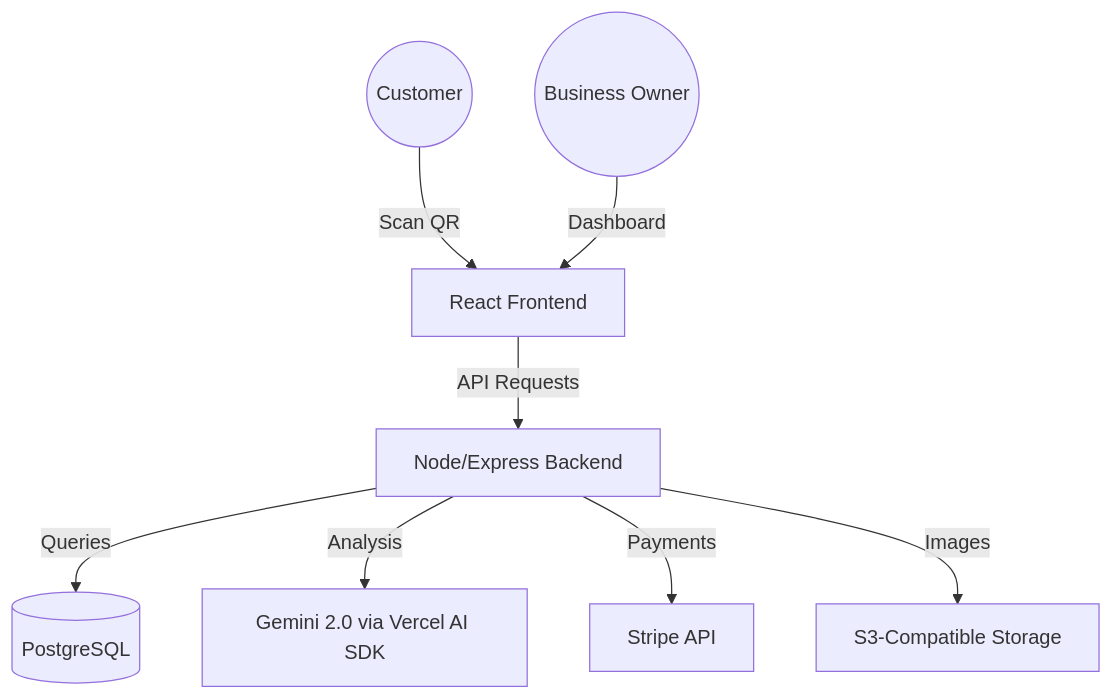
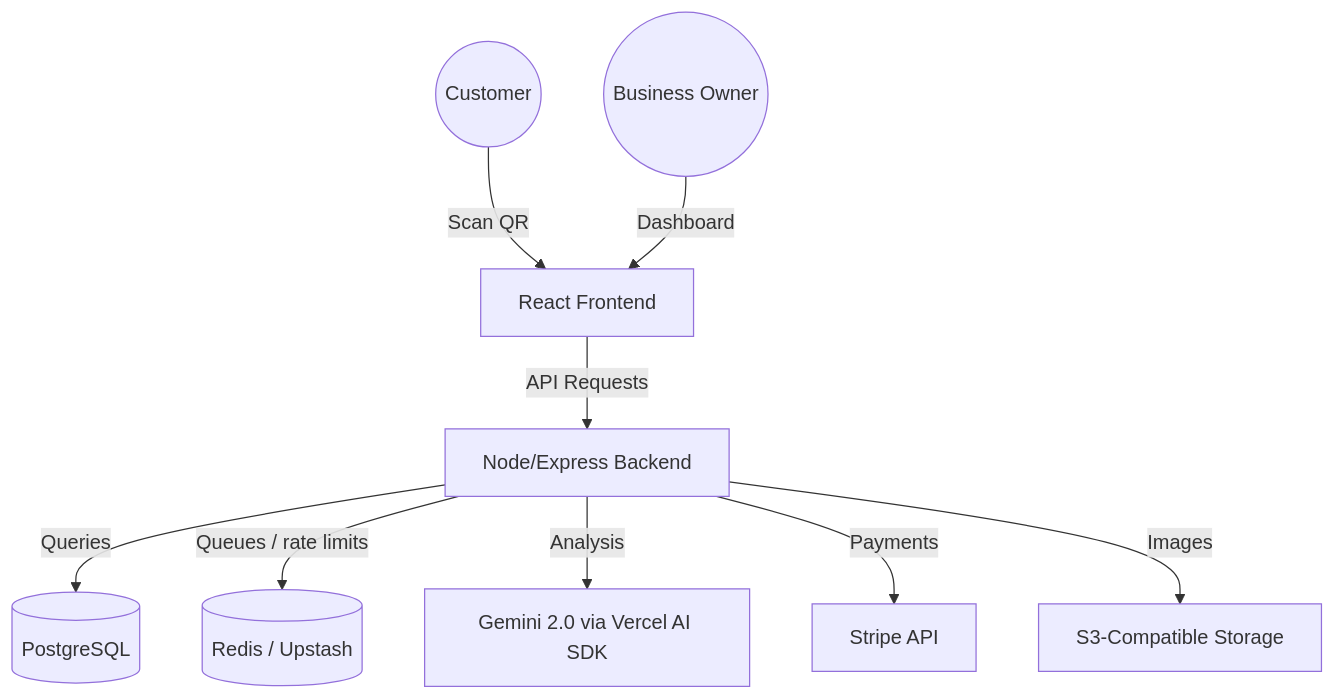
One commit to Endalk-sudo/Feedwise changed the diagram in DOCUMENTATION.md. Above: the diagram before and after it, drawn with Mermaid. The commit also changed other lines of this file and 4 other files, not shown here.

````diff
--- a/DOCUMENTATION.md
+++ b/DOCUMENTATION.md
@@ -13,10 +13,11 @@
 ```mermaid
 graph TD
     User((Customer)) -->|Scan QR| Client[React Frontend]
     Admin((Business Owner)) -->|Dashboard| Client
     Client -->|API Requests| Server[Node/Express Backend]
     Server -->|Queries| DB[(PostgreSQL)]
+    Server -->|Queues / rate limits| Redis[(Redis / Upstash)]
     Server -->|Analysis| AI[Gemini 2.0 via Vercel AI SDK]
     Server -->|Payments| Stripe[Stripe API]
     Server -->|Images| S3[S3-Compatible Storage]
 ```
````
